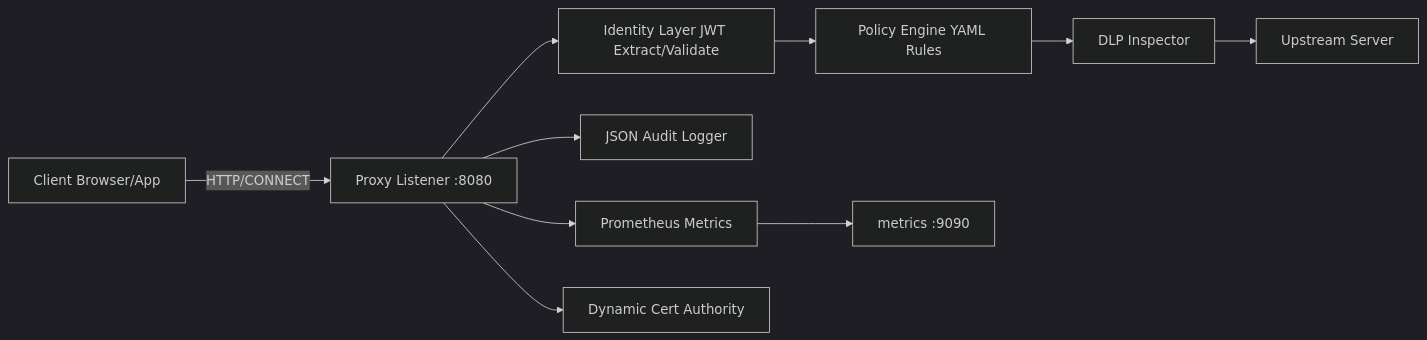
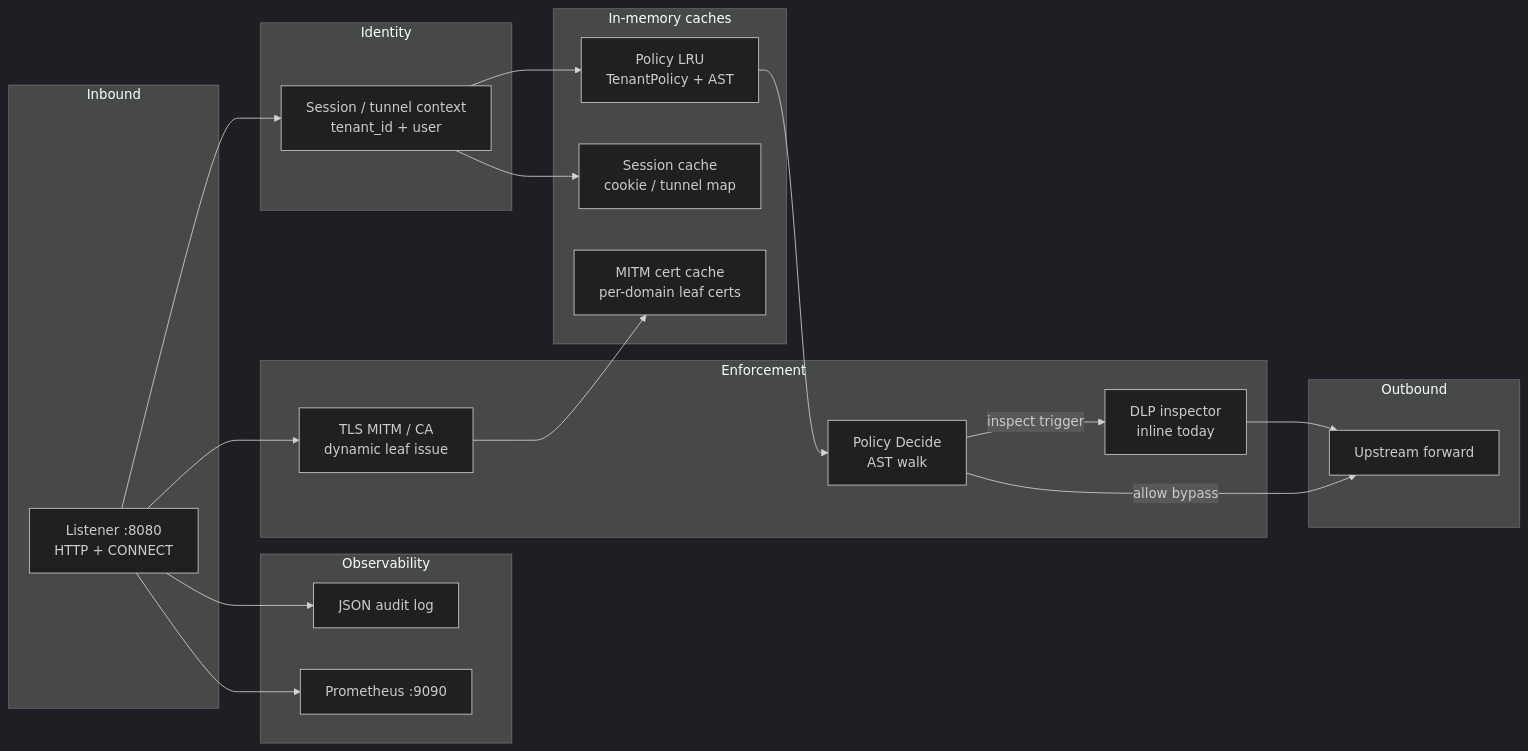
One commit to code-with-amitk/ZeroTrustForwardProxy changed the second of 3 diagrams in Documentation/architecture.md. Above: the diagram before and after it, drawn with Mermaid (dark theme). The commit also changed other lines of this file and 1 other file, not shown here.

````diff
--- a/Documentation/architecture.md
+++ b/Documentation/architecture.md
@@ -3,12 +112,43 @@
 ```mermaid
 flowchart LR
-    C[Client Browser/App] -->|HTTP/CONNECT| P[Proxy Listener :8080]
-    P --> A[Identity Layer JWT Extract/Validate]
-    A --> PE[Policy Engine YAML Rules]
-    PE --> I[DLP Inspector]
-    I --> UP[Upstream Server]
-    P --> L[JSON Audit Logger]
-    P --> M[Prometheus Metrics]
-    M --> PM[metrics :9090]
-    P --> CA[Dynamic Cert Authority]
+    subgraph Inbound [Inbound]
+        L[Listener :8080<br/>HTTP + CONNECT]
+    end
+
+    subgraph Identity [Identity]
+        ID[Session / tunnel context<br/>tenant_id + user]
+    end
+
+    subgraph Caches [In-memory caches]
+        PC[Policy LRU<br/>TenantPolicy + AST]
+        CC[MITM cert cache<br/>per-domain leaf certs]
+        SC[Session cache<br/>cookie / tunnel map]
+    end
+
+    subgraph Enforce [Enforcement]
+        PE[Policy Decide<br/>AST walk]
+        TLS[TLS MITM / CA<br/>dynamic leaf issue]
+        DLP[DLP inspector<br/>inline today]
+    end
+
+    subgraph Out [Outbound]
+        UP[Upstream forward]
+    end
+
+    subgraph Obs [Observability]
+        AUD[JSON audit log]
+        MET[Prometheus :9090]
+    end
+
+    L --> ID
+    ID --> PC
+    PC --> PE
+    PE -->|inspect trigger| DLP
+    L --> TLS
+    TLS --> CC
+    ID --> SC
+    DLP --> UP
+    PE -->|allow bypass| UP
+    L --> AUD
+    L --> MET
 ```
````
